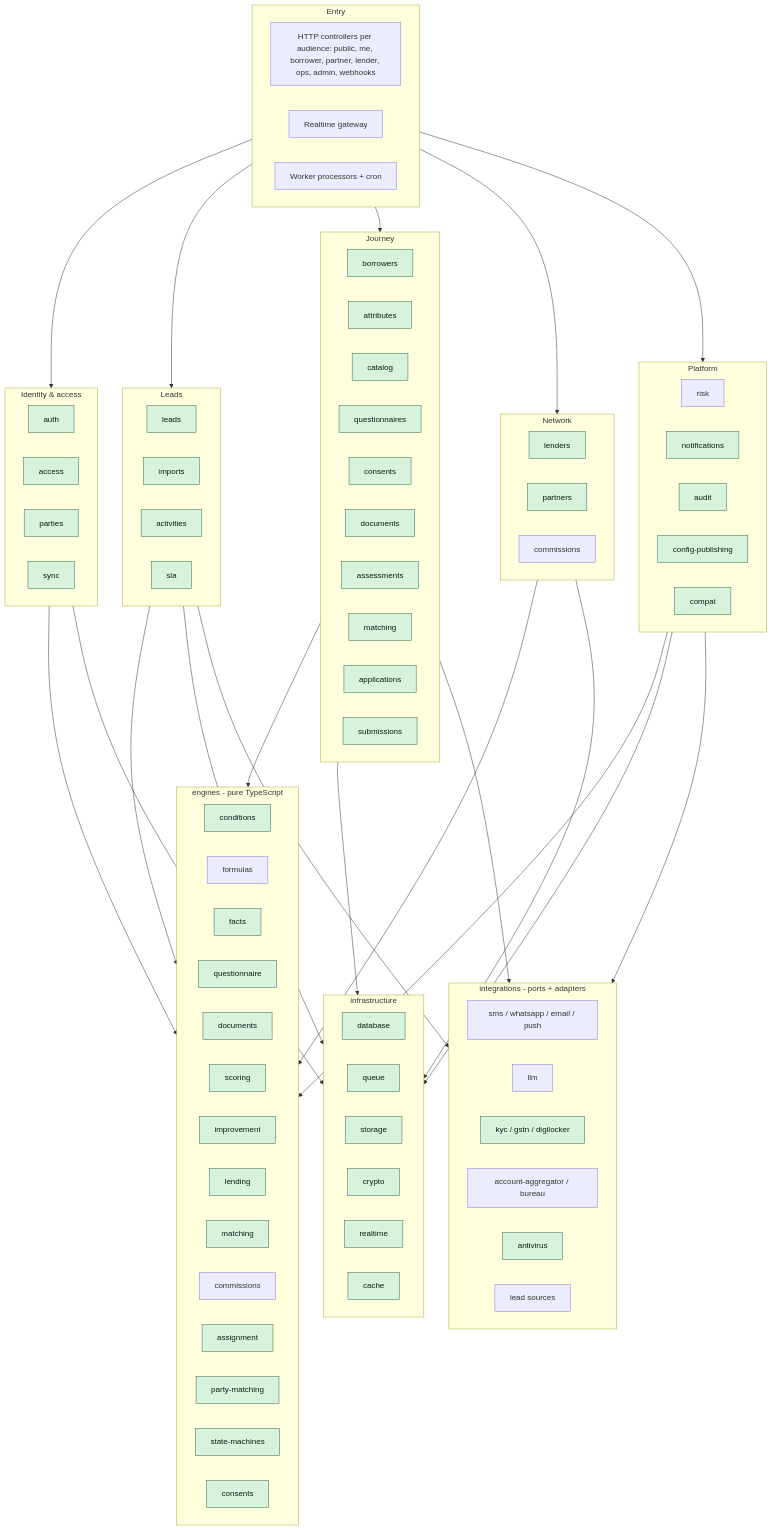
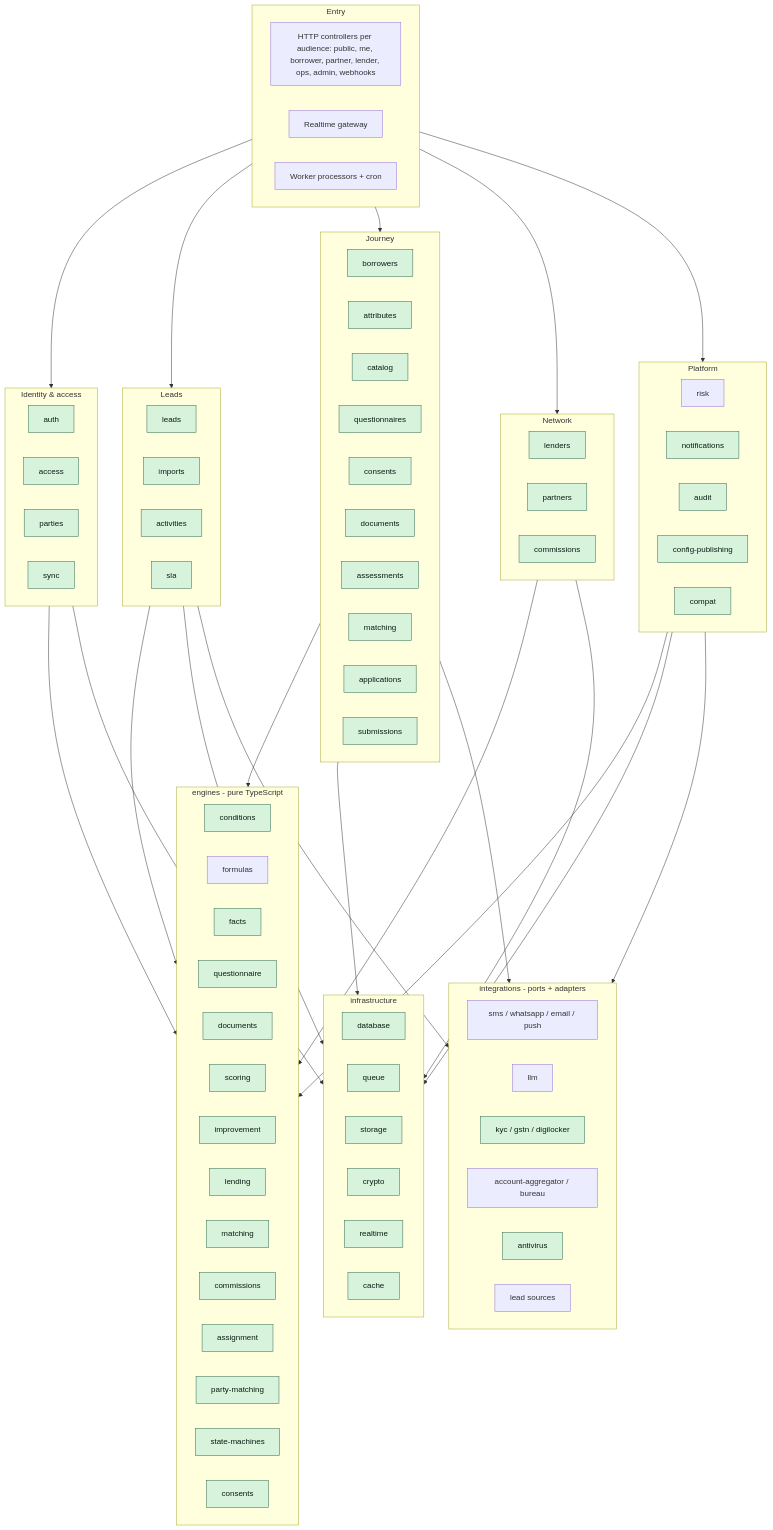
Before and after one commit to Shaikhfaruk/fundenflo: the second of 16 diagrams in docs/ARCHITECTURE.md, drawn with Mermaid. The commit also changed other lines of this file and 85 other files, not shown here.

````diff
--- a/docs/ARCHITECTURE.md
+++ b/docs/ARCHITECTURE.md
@@ -162,5 +162,5 @@
   LeadsGroup --> Ports
   Platform --> Ports
   classDef built fill:#d8f3dc,stroke:#2d6a4f,color:#081c15
-  class auth,access,parties,catalog,attributes,questionnaires,consents,partners,leads,imports,activities,sla,realtime,sync,documents,borrowers,applications,submissions,compat,lenders,assessments,matching,notifications,audit,configPublishing,conditions,facts,questionnaire,partyMatching,stateMachines,consentFold,assignment,docChecklist,lendingEngine,scoring,improvement,matchingEngine,database,queue,storage,crypto,cache,avP,kycP built
+  class auth,access,parties,catalog,attributes,questionnaires,consents,partners,leads,imports,activities,sla,realtime,sync,documents,borrowers,applications,submissions,compat,commissions,lenders,assessments,matching,notifications,audit,configPublishing,conditions,facts,questionnaire,partyMatching,stateMachines,consentFold,assignment,docChecklist,lendingEngine,scoring,improvement,matchingEngine,commissionCalc,database,queue,storage,crypto,cache,avP,kycP built
 ```
````
